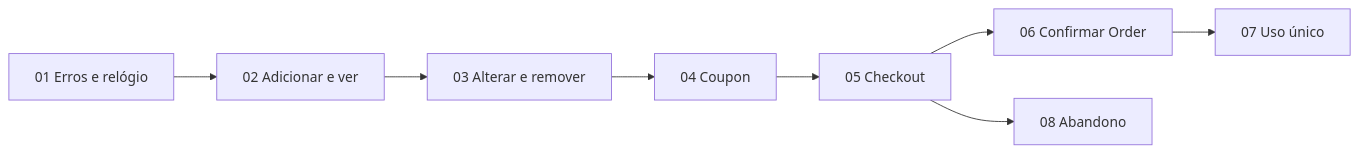
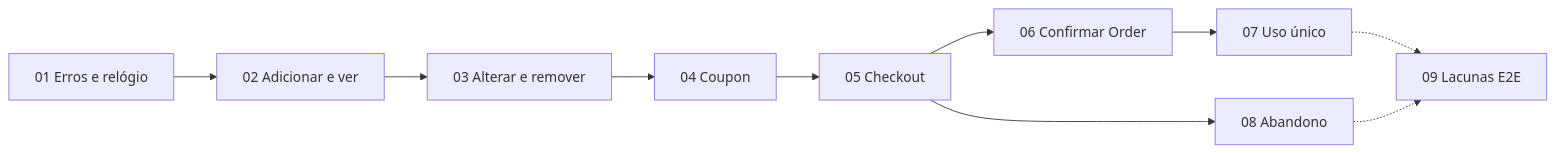
One commit to jvmdo/aigile-ecommerce changed the diagram in docs/carrinho/blueprint-carrinho.md. Above: the diagram before and after it, drawn with Mermaid. The commit also changed other lines of this file and 5 other files, not shown here.

````diff
--- a/docs/carrinho/blueprint-carrinho.md
+++ b/docs/carrinho/blueprint-carrinho.md
@@ -20,10 +21,12 @@
 ```mermaid
 graph LR
     T01[01 Erros e relógio] --> T02[02 Adicionar e ver]
     T02 --> T03[03 Alterar e remover]
     T03 --> T04[04 Coupon]
     T04 --> T05[05 Checkout]
     T05 --> T06[06 Confirmar Order]
     T06 --> T07[07 Uso único]
     T05 --> T08[08 Abandono]
+    T07 -.-> T09[09 Lacunas E2E]
+    T08 -.-> T09
 ```
````
